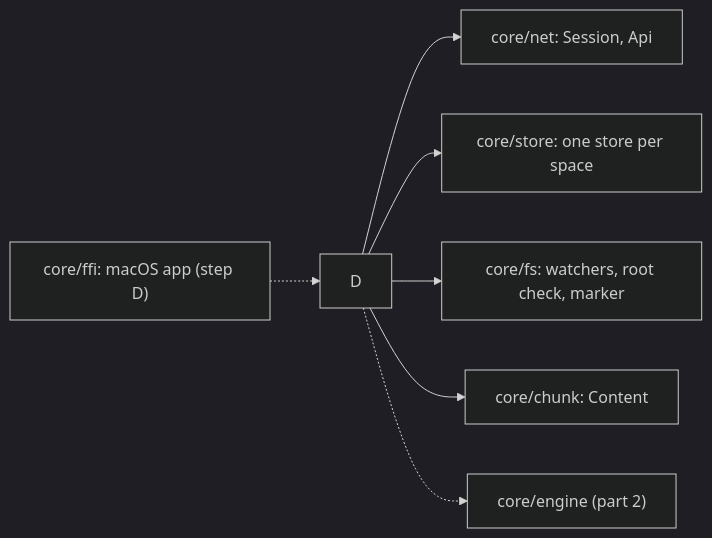
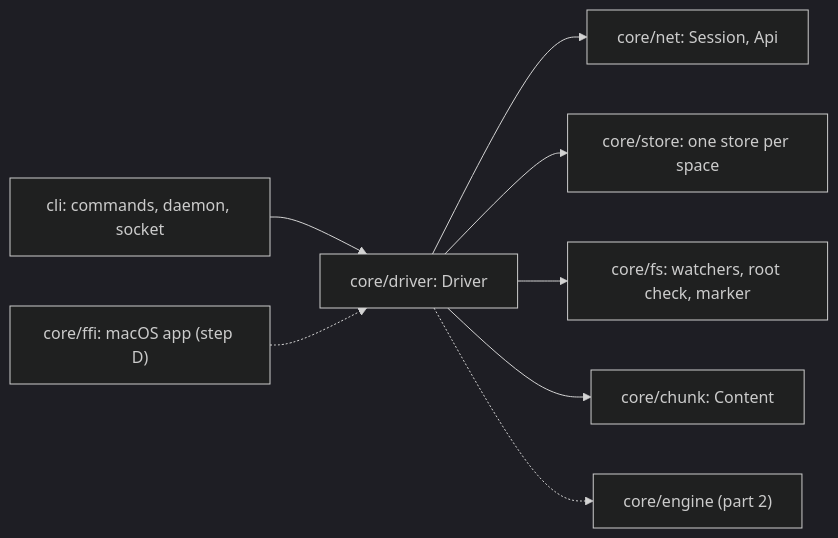
One commit to flarebox-dev/flarebox changed the diagram in docs/design/driver.md. Above: the diagram before and after it, drawn with Mermaid (dark theme). The commit also changed other lines of this file and 8 other files, not shown here.

First line of the commit message:
feat(cli): pair, link, status, questions, unlink and the sync daemon

````diff
--- a/docs/design/driver.md
+++ b/docs/design/driver.md
@@ -7,9 +7,10 @@
 ```mermaid
 flowchart LR
+  CLI["cli: commands, daemon, socket"] --> D["core/driver: Driver"]
   APP["core/ffi: macOS app (step D)"] -.-> D
   D --> NET["core/net: Session, Api"]
   D --> ST["core/store: one store per space"]
   D --> FS["core/fs: watchers, root check, marker"]
   D --> CH["core/chunk: Content"]
   D -.-> E["core/engine (part 2)"]
 ```
````
